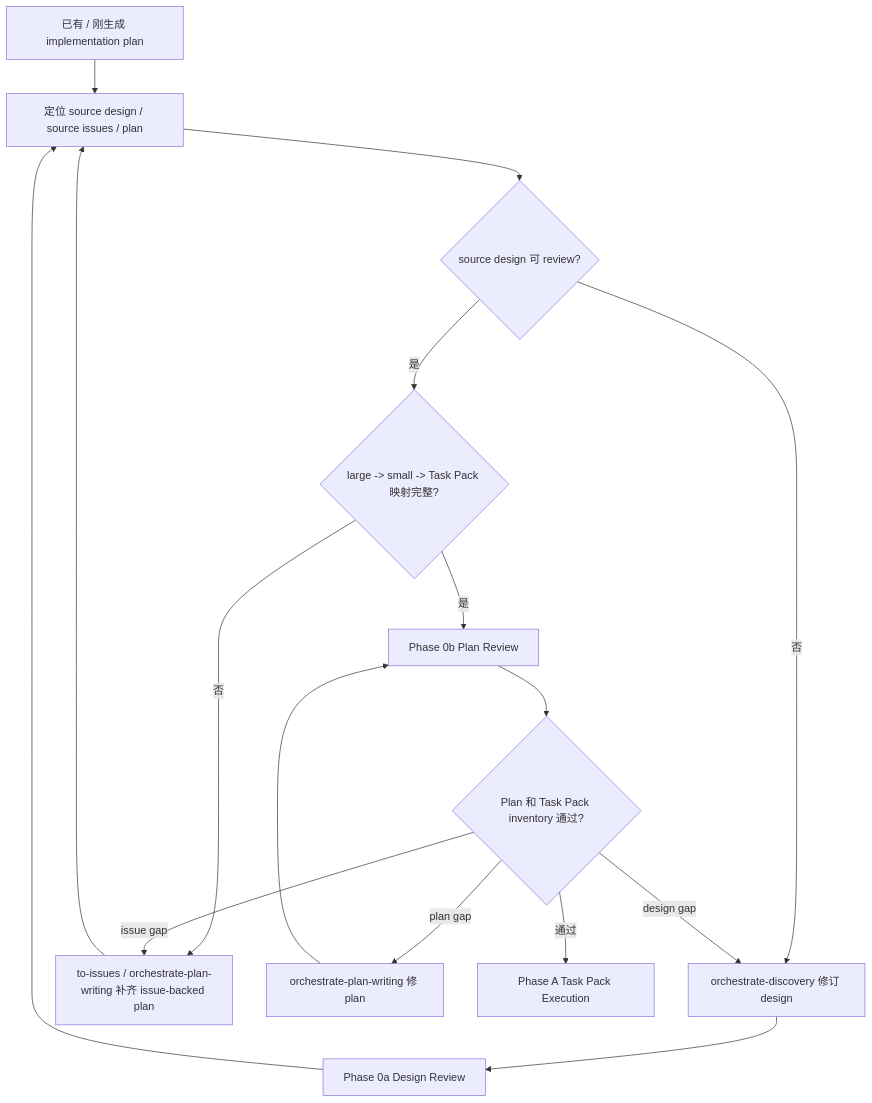
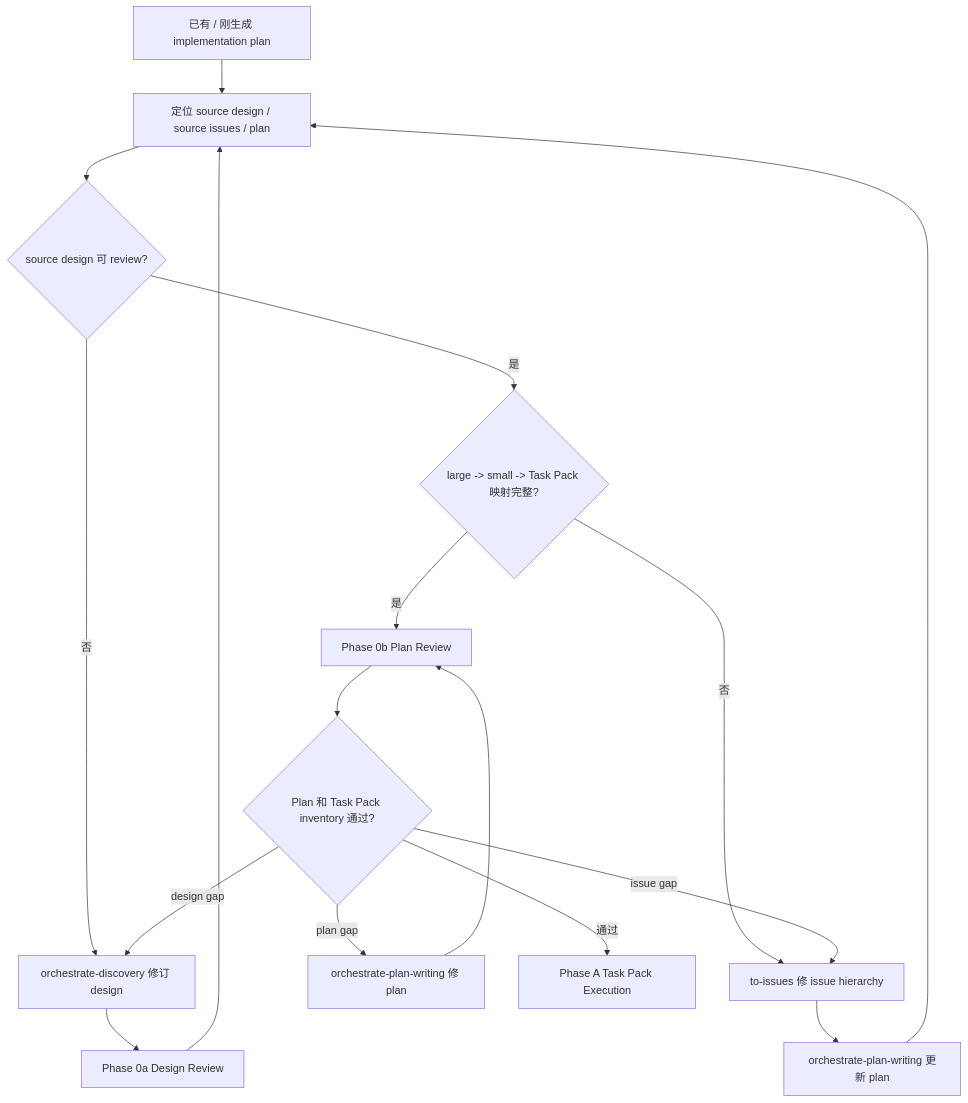
Before and after one commit to chancheuklap/multi-model-workflow: the diagram in .agents/skills/orchestrate-workflow/references/plan-review.md, drawn with Mermaid. The commit also changed 6 other files, not shown here.

````diff
--- a/.agents/skills/orchestrate-workflow/references/plan-review.md
+++ b/.agents/skills/orchestrate-workflow/references/plan-review.md
@@ -30,18 +30,19 @@
 ```mermaid
 flowchart TD
     A["已有 / 刚生成 implementation plan"] --> B["定位 source design / source issues / plan"]
     B --> C{"source design 可 review?"}
     C -->|否| D["orchestrate-discovery 修订 design"]
     D --> E["Phase 0a Design Review"]
     E --> B
     C -->|是| F{"large -> small -> Task Pack 映射完整?"}
-    F -->|否| G["to-issues / orchestrate-plan-writing 补齐 issue-backed plan"]
-    G --> B
+    F -->|否| G["to-issues 修 issue hierarchy"]
+    G --> R["orchestrate-plan-writing 更新 plan"]
+    R --> B
     F -->|是| H["Phase 0b Plan Review"]
     H --> I{"Plan 和 Task Pack inventory 通过?"}
     I -->|plan gap| J["orchestrate-plan-writing 修 plan"]
     J --> H
     I -->|design gap| D
     I -->|issue gap| G
     I -->|通过| K["Phase A Task Pack Execution"]
 ```
````
